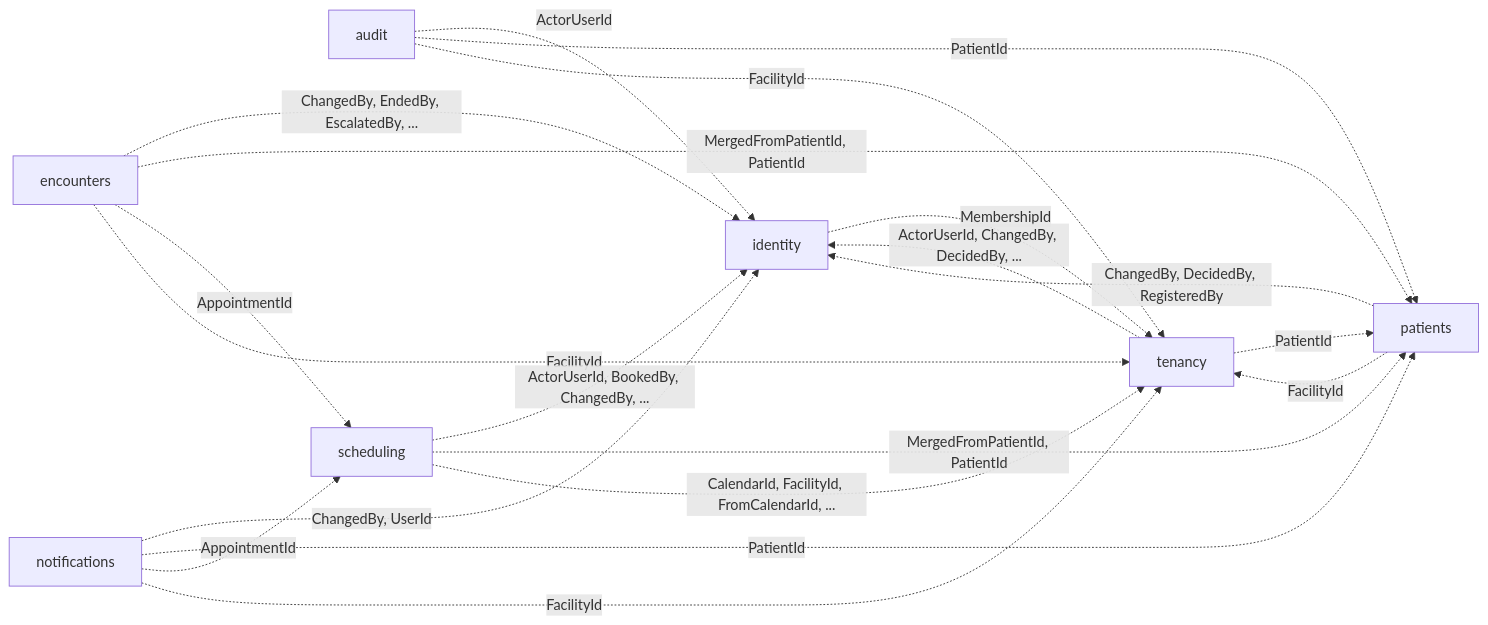
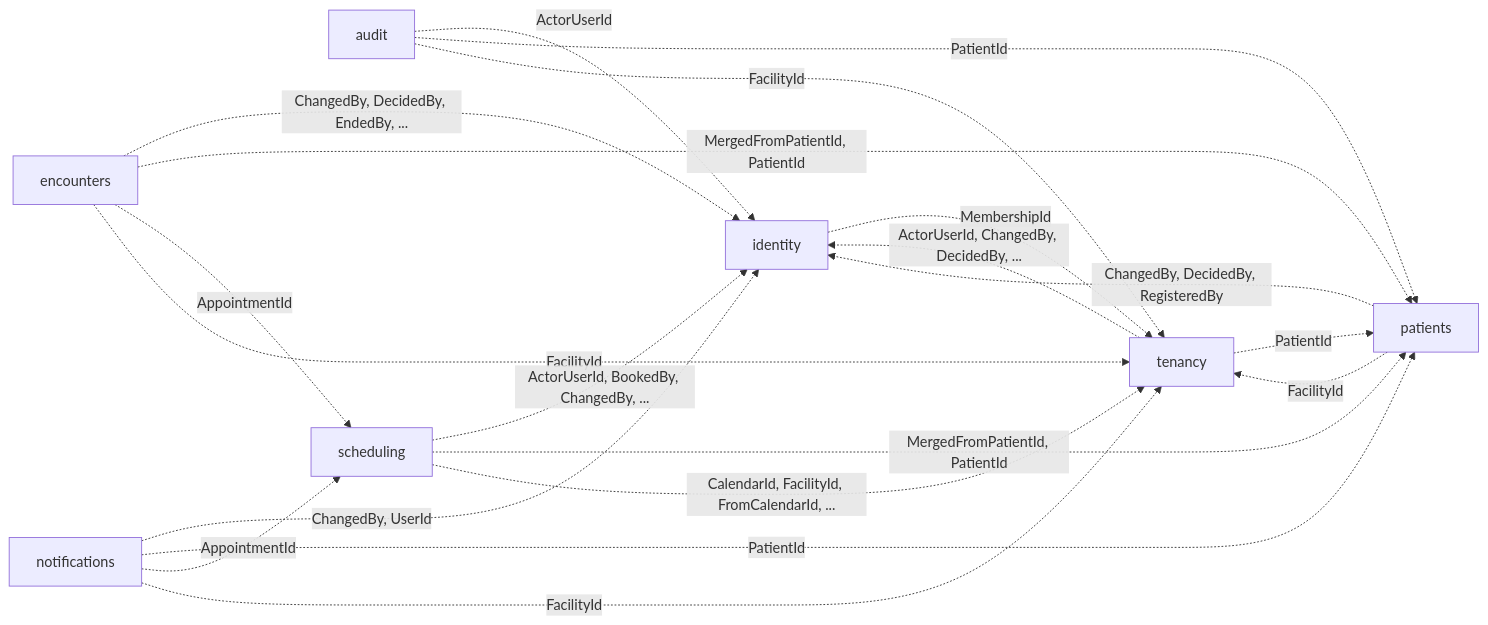
Before and after one commit to ALFRED-LUCIFER/medvya: the third of 13 diagrams in docs/03-architecture/erd.md, drawn with Mermaid. The commit also changed other lines of this file and 37 other files, not shown here.

Commit message:
MDV-P2-011: medication reconciliation (chart vs patient-reported vs other, keep/change/stop) and chart medicine writer (E-07)

````diff
--- a/docs/03-architecture/erd.md
+++ b/docs/03-architecture/erd.md
@@ -87,22 +87,22 @@
 ```mermaid
 flowchart LR
   audit -.->|"ActorUserId"| identity
   audit -.->|"PatientId"| patients
   audit -.->|"FacilityId"| tenancy
-  encounters -.->|"ChangedBy, EndedBy, EscalatedBy, ..."| identity
+  encounters -.->|"ChangedBy, DecidedBy, EndedBy, ..."| identity
   encounters -.->|"MergedFromPatientId, PatientId"| patients
   encounters -.->|"AppointmentId"| scheduling
   encounters -.->|"FacilityId"| tenancy
   identity -.->|"MembershipId"| tenancy
   notifications -.->|"ChangedBy, UserId"| identity
   notifications -.->|"PatientId"| patients
   notifications -.->|"AppointmentId"| scheduling
   notifications -.->|"FacilityId"| tenancy
   patients -.->|"ChangedBy, DecidedBy, RegisteredBy"| identity
   patients -.->|"FacilityId"| tenancy
   scheduling -.->|"ActorUserId, BookedBy, ChangedBy, ..."| identity
   scheduling -.->|"MergedFromPatientId, PatientId"| patients
   scheduling -.->|"CalendarId, FacilityId, FromCalendarId, ..."| tenancy
   tenancy -.->|"ActorUserId, ChangedBy, DecidedBy, ..."| identity
   tenancy -.->|"PatientId"| patients
 ```
````
